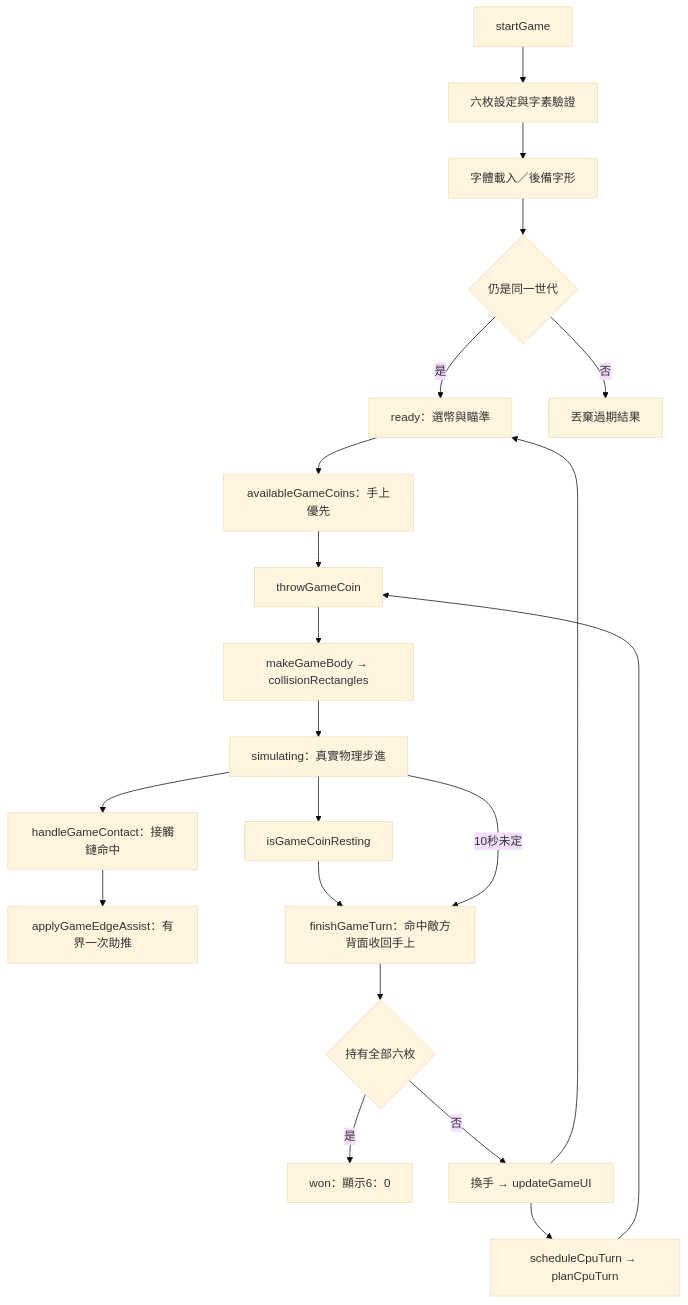
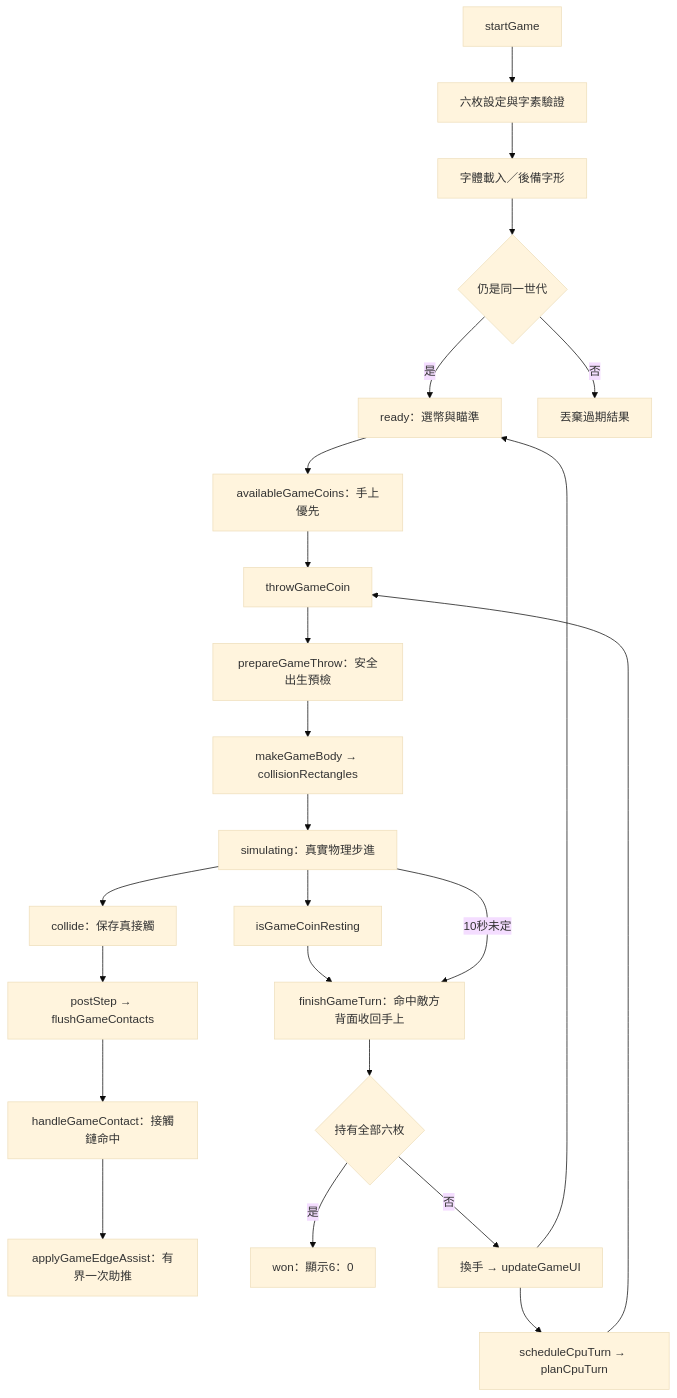
Before and after one commit to MiuDog/ong-a-piau: the fourth of 4 diagrams in architecture.md, drawn with Mermaid (base theme). The commit also changed other lines of this file and 8 other files, not shown here.

````diff
--- a/architecture.md
+++ b/architecture.md
@@ -88,23 +88,26 @@
 ```mermaid
 flowchart TD
 	Setup[startGame] --> Validate[六枚設定與字素驗證]
 	Validate --> Font[字體載入／後備字形]
 	Font --> Epoch{仍是同一世代}
 	Epoch -->|是| Ready[ready：選幣與瞄準]
 	Epoch -->|否| Ignore[丟棄過期結果]
 	Ready --> Available[availableGameCoins：手上優先]
 	Available --> Throw[throwGameCoin]
-	Throw --> Shape[makeGameBody → collisionRectangles]
+	Throw --> Prepare[prepareGameThrow：安全出生預檢]
+	Prepare --> Shape[makeGameBody → collisionRectangles]
 	Shape --> Sim[simulating：真實物理步進]
-	Sim --> Hit[handleGameContact：接觸鏈命中]
+	Sim --> Queue[collide：保存真接觸]
+	Queue --> Flush[postStep → flushGameContacts]
+	Flush --> Hit[handleGameContact：接觸鏈命中]
 	Hit --> Edge[applyGameEdgeAssist：有界一次助推]
 	Sim --> Rest[isGameCoinResting]
 	Rest --> Capture[finishGameTurn：命中敵方背面收回手上]
 	Capture --> Count{持有全部六枚}
 	Count -->|是| Won[won：顯示6：0]
 	Count -->|否| Next[換手 → updateGameUI]
 	Next --> CPU[scheduleCpuTurn → planCpuTurn]
 	CPU --> Throw
 	Next --> Ready
 	Sim -->|10秒未定| Capture
 ```
````
